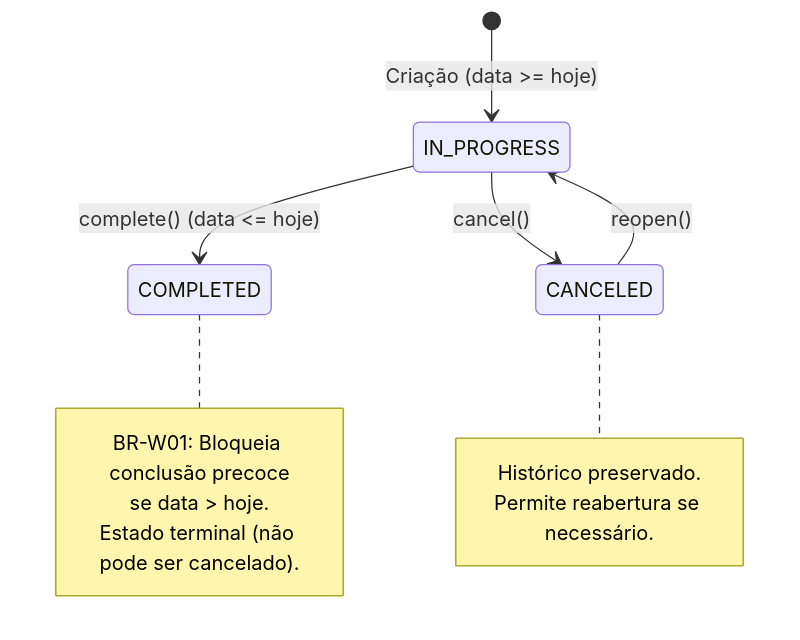
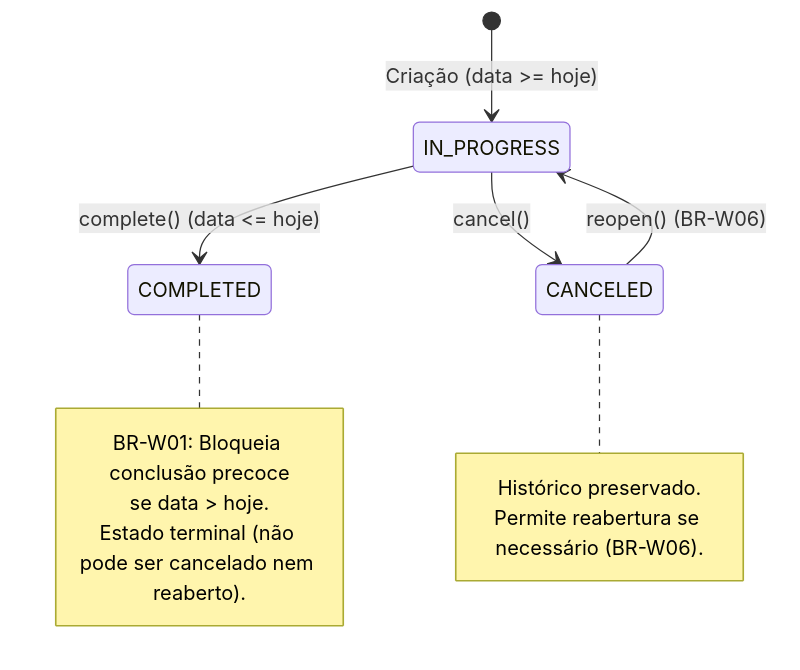
One commit to Rafaelp122/wedding_management changed the diagram in docs/architecture/business-rules/weddings/wedding-status-lifecycle.md. Above: the diagram before and after it, drawn with Mermaid. The commit also changed other lines of this file and 40 other files, not shown here.

````diff
--- a/docs/architecture/business-rules/weddings/wedding-status-lifecycle.md
+++ b/docs/architecture/business-rules/weddings/wedding-status-lifecycle.md
@@ -42,18 +48,18 @@
 ```mermaid
 stateDiagram-v2
     [*] --> IN_PROGRESS : Criação (data >= hoje)
     IN_PROGRESS --> COMPLETED : complete() (data <= hoje)
     IN_PROGRESS --> CANCELED : cancel()
-    CANCELED --> IN_PROGRESS : reopen()
+    CANCELED --> IN_PROGRESS : reopen() (BR-W06)
 
     note right of COMPLETED
         BR-W01: Bloqueia conclusão precoce
         se data > hoje.
-        Estado terminal (não pode ser cancelado).
+        Estado terminal (não pode ser cancelado nem reaberto).
     end note
 
     note right of CANCELED
         Histórico preservado.
-        Permite reabertura se necessário.
+        Permite reabertura se necessário (BR-W06).
     end note
 ```
````
